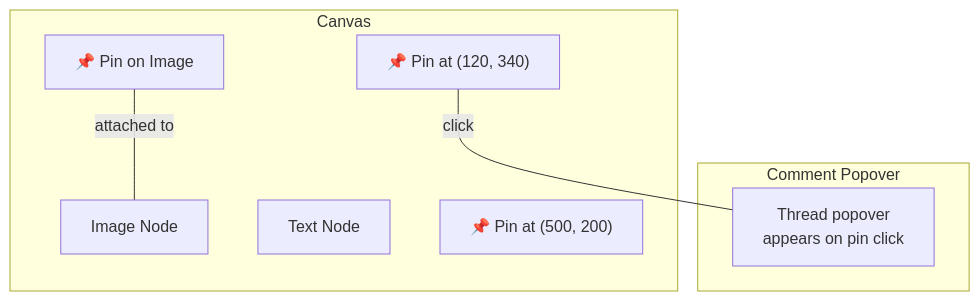
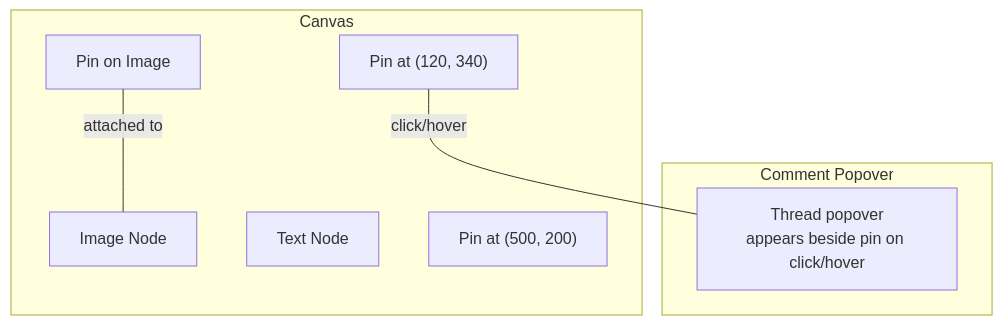
Before and after one commit to crs48/xNet: the seventh of 14 diagrams in docs/explorations/COMMENTING_SYSTEM.md, drawn with Mermaid. The commit also changed other lines of this file, not shown here.

Commit message:
Add inline comment popover UX and edit history section to commenting exploration

````diff
--- a/docs/explorations/COMMENTING_SYSTEM.md
+++ b/docs/explorations/COMMENTING_SYSTEM.md
@@ -419,17 +582,17 @@
 ```mermaid
 flowchart TB
     subgraph "Canvas"
         OBJ1[Image Node]
         OBJ2[Text Node]
-        PIN1["📌 Pin at (120, 340)"]
-        PIN2["📌 Pin on Image"]
-        PIN3["📌 Pin at (500, 200)"]
+        PIN1["Pin at (120, 340)"]
+        PIN2["Pin on Image"]
+        PIN3["Pin at (500, 200)"]
     end
 
     subgraph "Comment Popover"
-        POP["Thread popover<br/>appears on pin click"]
+        POP["Thread popover<br/>appears beside pin on click/hover"]
     end
 
-    PIN1 ---|click| POP
+    PIN1 ---|"click/hover"| POP
     PIN2 ---|attached to| OBJ1
 ```
````
